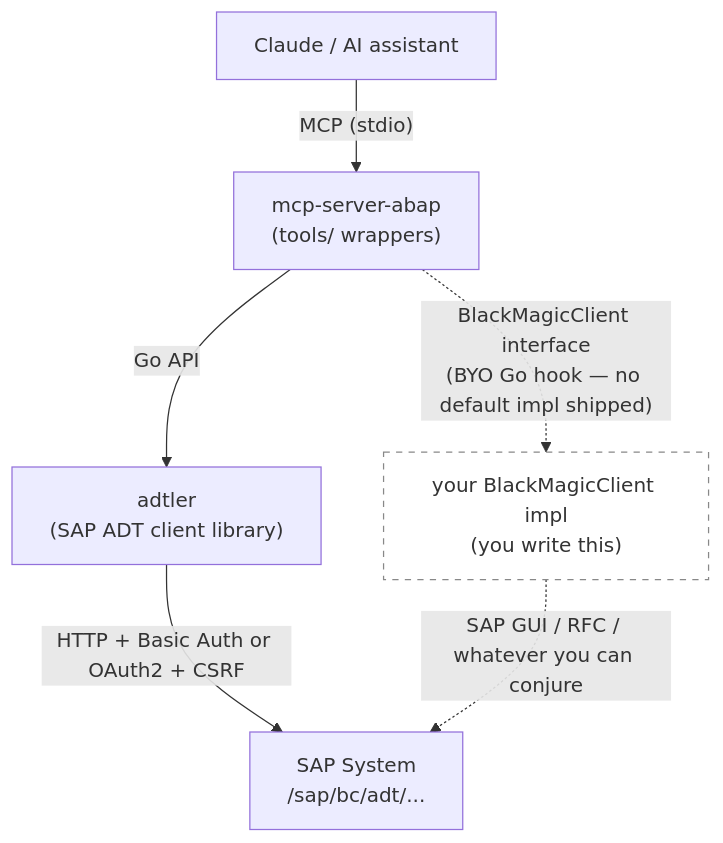
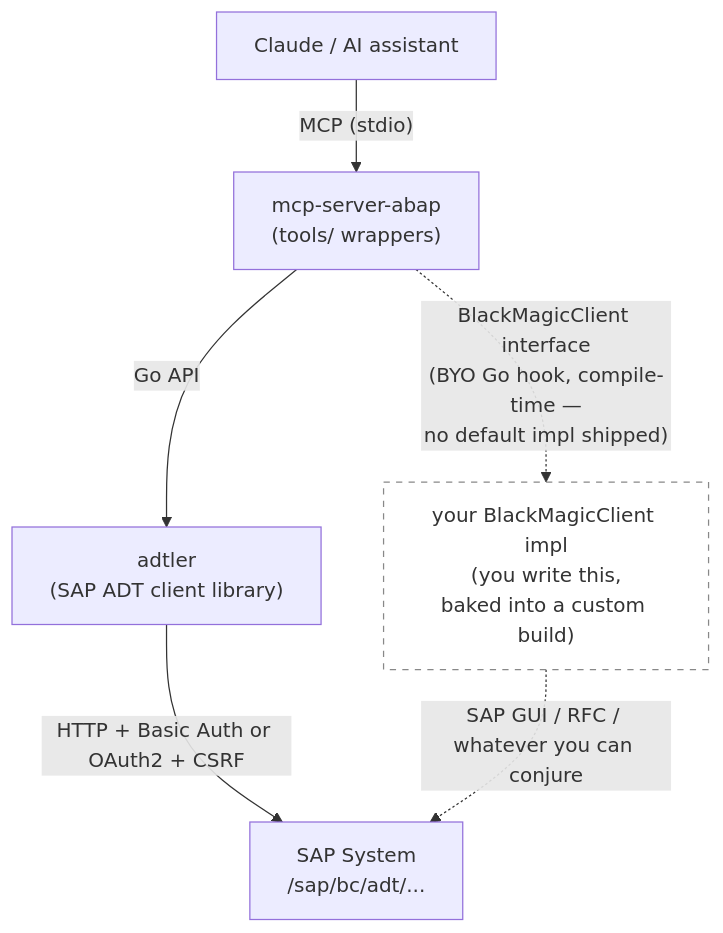
One commit to Hochfrequenz/aibap.mcp changed the diagram in README.md. Above: the diagram before and after it, drawn with Mermaid. The commit also changed other lines of this file and 1 other file, not shown here.

First line of the commit message:
docs: fix BlackMagic wiring description (compile-time, not runtime)

````diff
--- a/README.md
+++ b/README.md
@@ -19,10 +19,10 @@
 ```mermaid
 graph TD
     A["Claude / AI assistant"] -->|"MCP (stdio)"| B["mcp-server-abap<br/>(tools/ wrappers)"]
     B -->|"Go API"| C["adtler<br/>(SAP ADT client library)"]
     C -->|"HTTP + Basic Auth or OAuth2 + CSRF"| D["SAP System<br/>/sap/bc/adt/..."]
-    B -.->|"BlackMagicClient interface<br/>(BYO Go hook — no default impl shipped)"| E["your BlackMagicClient impl<br/>(you write this)"]
+    B -.->|"BlackMagicClient interface<br/>(BYO Go hook, compile-time —<br/>no default impl shipped)"| E["your BlackMagicClient impl<br/>(you write this,<br/>baked into a custom build)"]
     E -.->|"SAP GUI / RFC / whatever you can conjure"| D
 
     style E fill:#fff,stroke:#888,stroke-dasharray: 5 5
 ```
````
